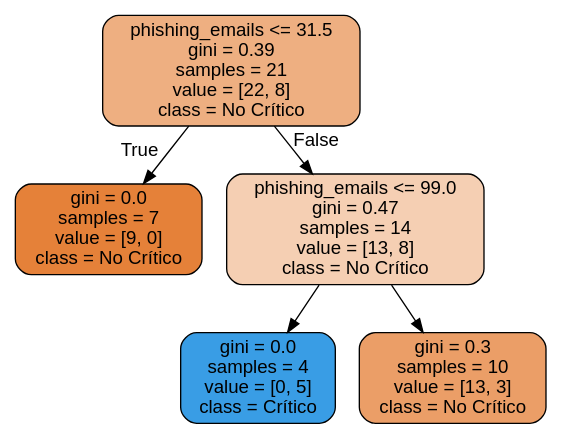
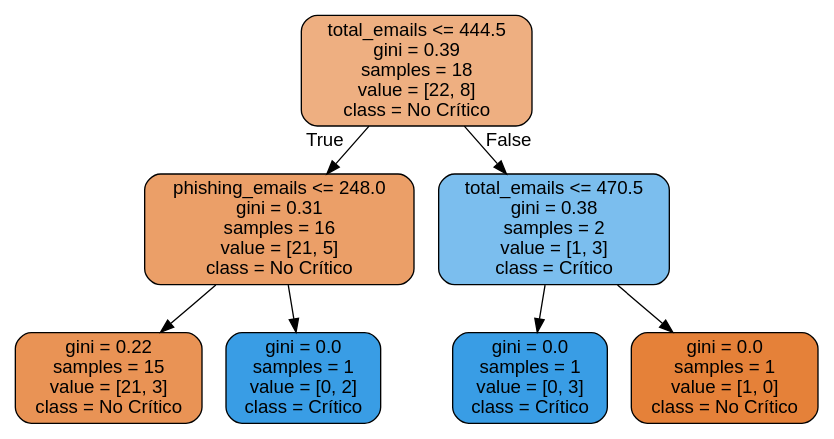
One commit to adrianAntonP/practica2-SI changed the diagram in tree_9.dot. Above: the diagram before and after it, drawn with Graphviz. The commit also changed 26 other files, not shown here.

```diff
--- a/tree_9.dot
+++ b/tree_9.dot
@@ -1,13 +1,17 @@
 digraph Tree {
 node [shape=box, style="filled, rounded", color="black", fontname="helvetica"] ;
 edge [fontname="helvetica"] ;
-0 [label="phishing_emails <= 31.5\ngini = 0.39\nsamples = 21\nvalue = [22, 8]\nclass = No Crítico", fillcolor="#eeaf81"] ;
-1 [label="gini = 0.0\nsamples = 7\nvalue = [9, 0]\nclass = No Crítico", fillcolor="#e58139"] ;
+0 [label="total_emails <= 444.5\ngini = 0.39\nsamples = 18\nvalue = [22, 8]\nclass = No Crítico", fillcolor="#eeaf81"] ;
+1 [label="phishing_emails <= 248.0\ngini = 0.31\nsamples = 16\nvalue = [21, 5]\nclass = No Crítico", fillcolor="#eb9f68"] ;
 0 -> 1 [labeldistance=2.5, labelangle=45, headlabel="True"] ;
-2 [label="phishing_emails <= 99.0\ngini = 0.47\nsamples = 14\nvalue = [13, 8]\nclass = No Crítico", fillcolor="#f5cfb3"] ;
-0 -> 2 [labeldistance=2.5, labelangle=-45, headlabel="False"] ;
-3 [label="gini = 0.0\nsamples = 4\nvalue = [0, 5]\nclass = Crítico", fillcolor="#399de5"] ;
-2 -> 3 ;
-4 [label="gini = 0.3\nsamples = 10\nvalue = [13, 3]\nclass = No Crítico", fillcolor="#eb9e67"] ;
-2 -> 4 ;
+2 [label="gini = 0.22\nsamples = 15\nvalue = [21, 3]\nclass = No Crítico", fillcolor="#e99355"] ;
+1 -> 2 ;
+3 [label="gini = 0.0\nsamples = 1\nvalue = [0, 2]\nclass = Crítico", fillcolor="#399de5"] ;
+1 -> 3 ;
+4 [label="total_emails <= 470.5\ngini = 0.38\nsamples = 2\nvalue = [1, 3]\nclass = Crítico", fillcolor="#7bbeee"] ;
+0 -> 4 [labeldistance=2.5, labelangle=-45, headlabel="False"] ;
+5 [label="gini = 0.0\nsamples = 1\nvalue = [0, 3]\nclass = Crítico", fillcolor="#399de5"] ;
+4 -> 5 ;
+6 [label="gini = 0.0\nsamples = 1\nvalue = [1, 0]\nclass = No Crítico", fillcolor="#e58139"] ;
+4 -> 6 ;
 }
```
